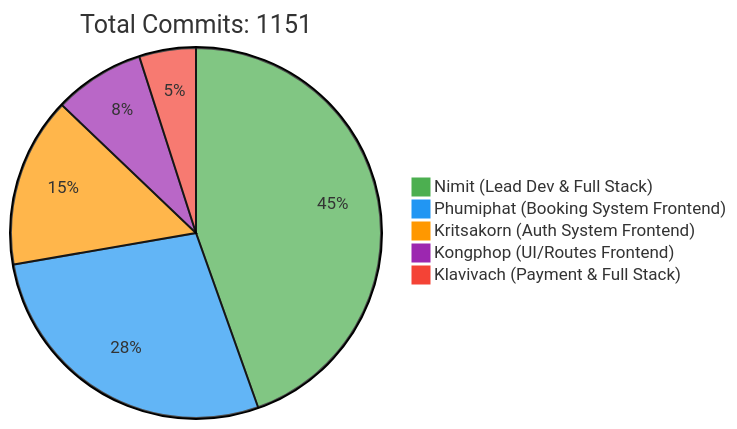
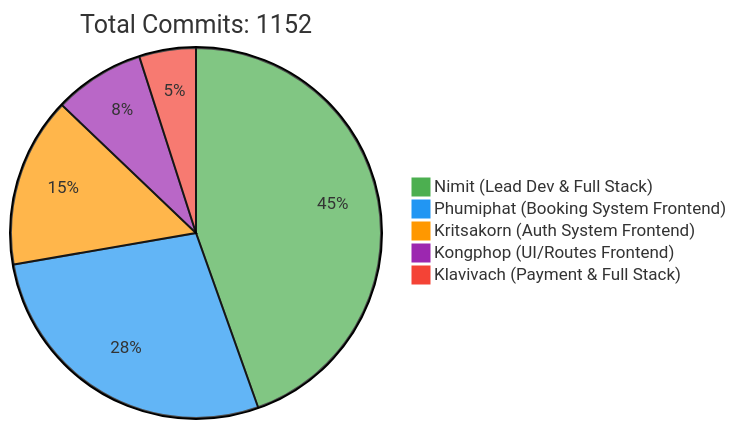
Before and after one commit to 6531503042/Sport-Complex: the first of 2 diagrams in README.md, drawn with Mermaid. The commit also changed other lines of this file, not shown here.

Commit message:
docs: Update contributor statistics [skip ci]

````diff
--- a/README.md
+++ b/README.md
@@ -257,10 +257,10 @@
 ```mermaid
 %%{init: {'theme': 'base', 'themeVariables': { 'pie1': '#4CAF50', 'pie2': '#2196F3', 'pie3': '#FF9800', 'pie4': '#9C27B0', 'pie5': '#F44336'}}}%%
 pie
-    title Total Commits: 1151
+    title Total Commits: 1152
     "Nimit (Lead Dev & Full Stack)" : 450
     "Phumiphat (Booking System Frontend)" : 280
     "Kritsakorn (Auth System Frontend)" : 150
     "Kongphop (UI/Routes Frontend)" : 80
     "Klavivach (Payment & Full Stack)" : 50
 ```
````
